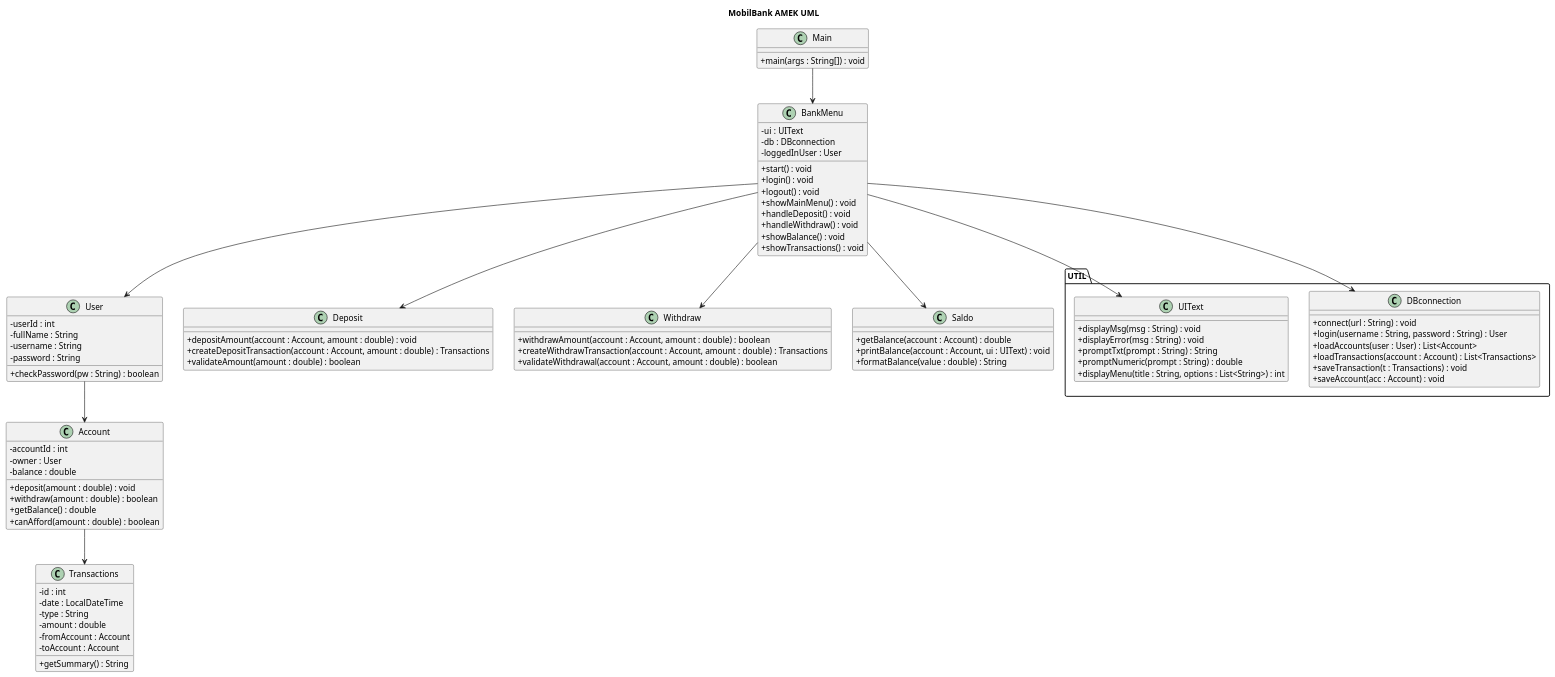
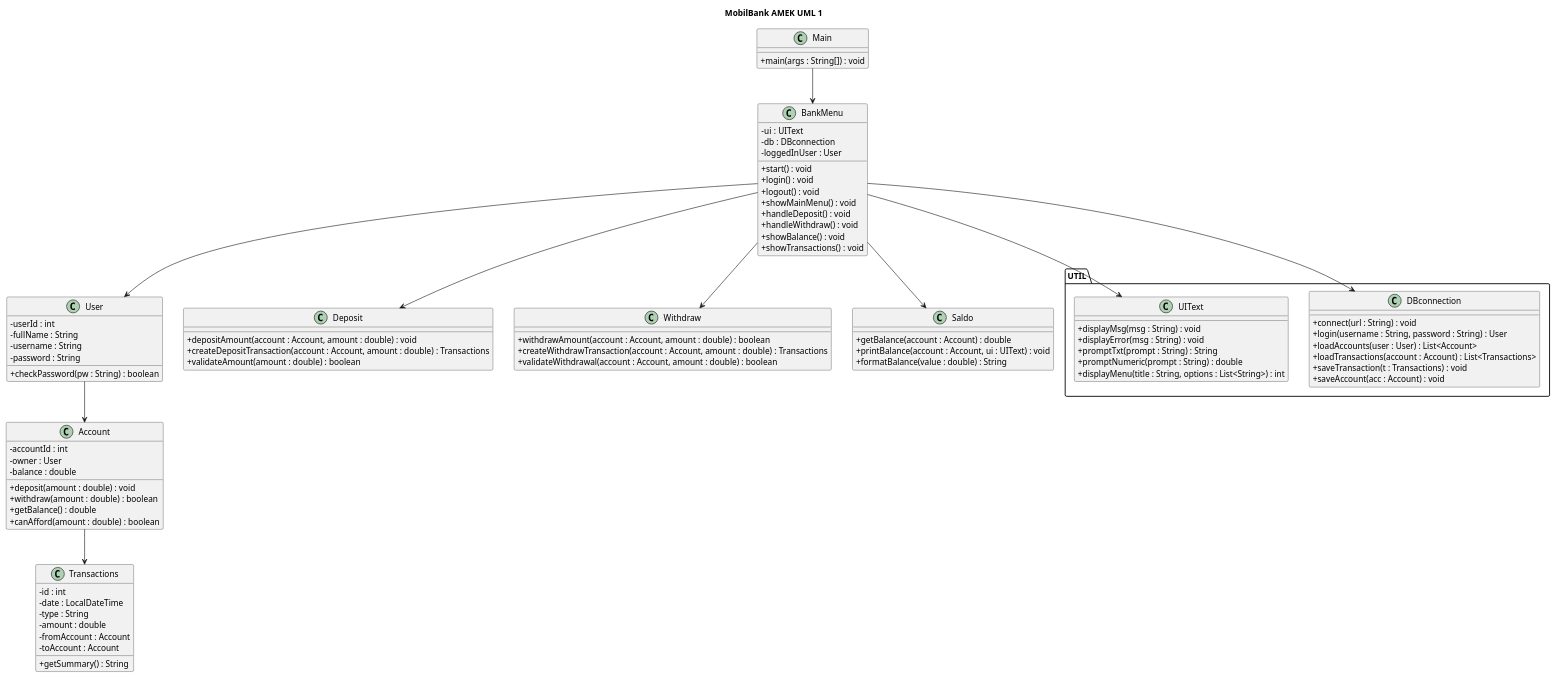
The diagram in data/klassediagram.puml (KhattabE/BANKSYSTEMICE), drawn with PlantUML before and after one commit.

Commit message:
klassediagram

```diff
--- a/data/klassediagram.puml
+++ b/data/klassediagram.puml
@@ -1,115 +1,115 @@
 @startuml
 skinparam classAttributeIconSize 0
-title MobilBank AMEK UML
+title MobilBank AMEK UML 1
 
 ' -------- MAIN --------
 class Main {
     + main(args : String[]) : void
 }
 Main --> BankMenu
 
 
 ' -------- BANKMENU --------
 class BankMenu {
     - ui : UIText
     - db : DBconnection
     - loggedInUser : User
 
     + start() : void
     + login() : void
     + logout() : void
     + showMainMenu() : void
     + handleDeposit() : void
     + handleWithdraw() : void
     + showBalance() : void
     + showTransactions() : void
 }
 
 
 ' -------- DOMAIN --------
 class User {
     - userId : int
     - fullName : String
     - username : String
     - password : String
 
     + checkPassword(pw : String) : boolean
 }
 
 class Account {
     - accountId : int
     - owner : User
     - balance : double
 
     + deposit(amount : double) : void
     + withdraw(amount : double) : boolean
     + getBalance() : double
     + canAfford(amount : double) : boolean
 }
 
 class Transactions {
     - id : int
     - date : LocalDateTime
     - type : String
     - amount : double
     - fromAccount : Account
     - toAccount : Account
 
     + getSummary() : String
 }
 
 
 ' -------- SERVICES --------
 class Deposit {
     + depositAmount(account : Account, amount : double) : void
     + createDepositTransaction(account : Account, amount : double) : Transactions
     + validateAmount(amount : double) : boolean
 }
 
 class Withdraw {
     + withdrawAmount(account : Account, amount : double) : boolean
     + createWithdrawTransaction(account : Account, amount : double) : Transactions
     + validateWithdrawal(account : Account, amount : double) : boolean
 }
 
 class Saldo {
     + getBalance(account : Account) : double
     + printBalance(account : Account, ui : UIText) : void
     + formatBalance(value : double) : String
 }
 
 
 ' -------- UTIL --------
 package UTIL {
 class DBconnection {
     + connect(url : String) : void
     + login(username : String, password : String) : User
     + loadAccounts(user : User) : List<Account>
     + loadTransactions(account : Account) : List<Transactions>
     + saveTransaction(t : Transactions) : void
     + saveAccount(acc : Account) : void
 }
 
 class UIText {
     + displayMsg(msg : String) : void
     + displayError(msg : String) : void
     + promptTxt(prompt : String) : String
     + promptNumeric(prompt : String) : double
     + displayMenu(title : String, options : List<String>) : int
 }
 }
 
 
 ' -------- RELATIONER --------
 BankMenu --> User
 User --> Account
 Account --> Transactions
 
 BankMenu --> Deposit
 BankMenu --> Withdraw
 BankMenu --> Saldo
 
 BankMenu --> DBconnection
 BankMenu --> UIText
 
 @enduml
```
